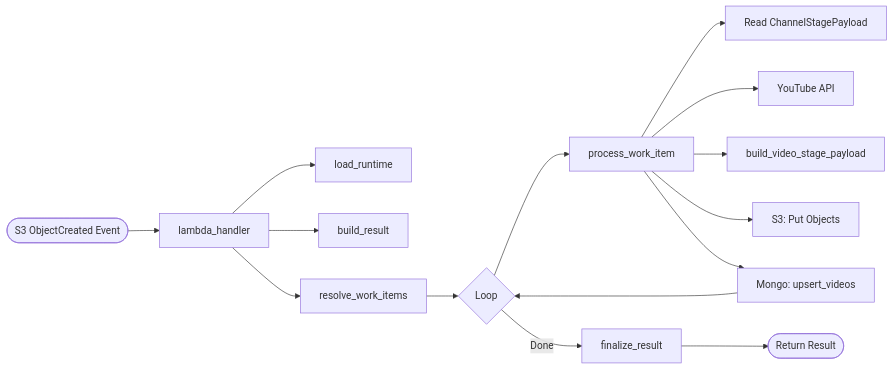
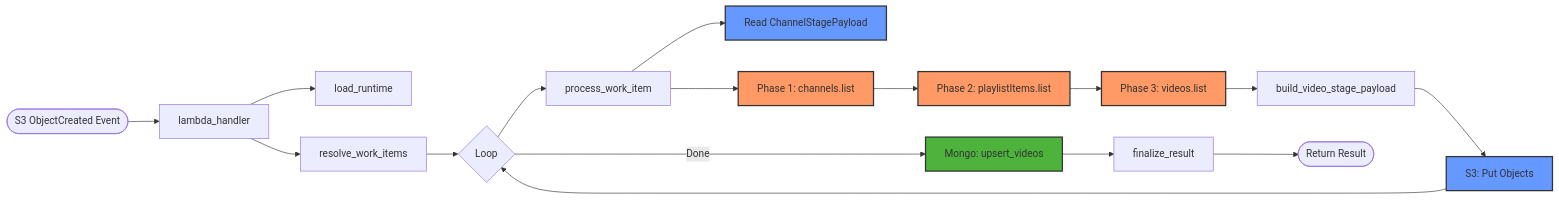
The first of 3 diagrams in video_lambda/README.md (kaushalkrishna2000/youtube-bot-analytics), drawn with Mermaid before and after one commit. The commit also changed other lines of this file and 3 other files, not shown here.

Commit message:
Update README files to reflect detailed execution flow, added enriched client-specific diagrams, enhanced YouTube API phase descriptions, and streamlined MongoDB persistence logic

````diff
--- a/video_lambda/README.md
+++ b/video_lambda/README.md
@@ -7,17 +7,24 @@
 ```mermaid
 graph LR
     Start([S3 ObjectCreated Event]) --> LH[lambda_handler]
     LH --> LR[load_runtime]
-    LH --> BR[build_result]
     LH --> RWI[resolve_work_items]
     RWI --> Loop{Loop}
     Loop --> PWI[process_work_item]
-    PWI --> RS3[Read ChannelStagePayload]
-    PWI --> YT[YouTube API]
-    PWI --> BVSP[build_video_stage_payload]
-    PWI --> WS3[S3: Put Objects]
-    PWI --> MW[Mongo: upsert_videos]
-    MW --> Loop
-    Loop -- Done --> FR[finalize_result]
+    PWI --> RS3[Read ChannelStagePayload]:::s3
+    PWI --> YT1[Phase 1: channels.list]:::youtube
+    YT1 --> YT2[Phase 2: playlistItems.list]:::youtube
+    YT2 --> YT3[Phase 3: videos.list]:::youtube
+    YT3 --> BVSP[build_video_stage_payload]
+    BVSP --> WS3[S3: Put Objects]:::s3
+    WS3 --> Loop
+    
+    %% Termination path at the bottom
+    Loop -- Done ----> MW[Mongo: upsert_videos]:::mongodb
+    MW --> FR[finalize_result]
     FR --> End([Return Result])
+
+    classDef youtube fill:#f96,stroke:#333,stroke-width:2px;
+    classDef s3 fill:#69f,stroke:#333,stroke-width:2px;
+    classDef mongodb fill:#4db33d,stroke:#333,stroke-width:2px;
 ```
````
